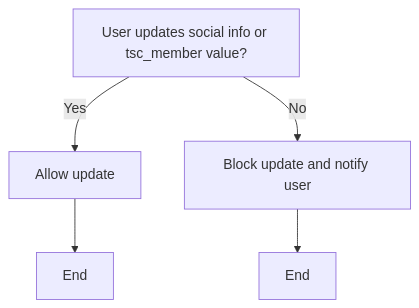
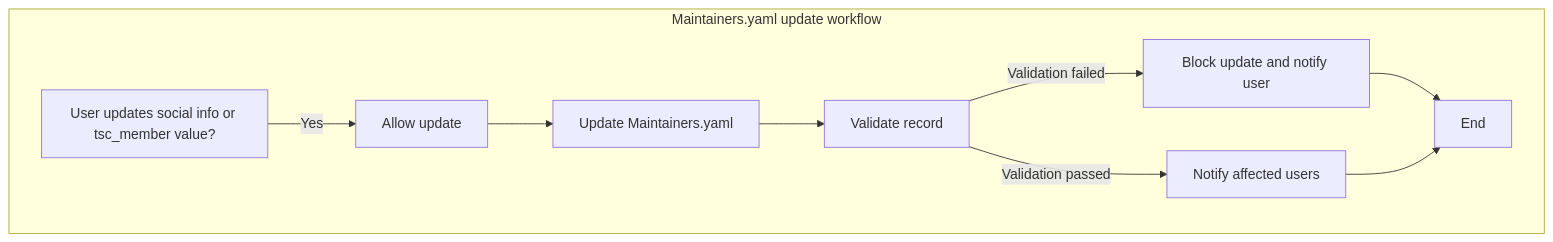
The sixth of 12 diagrams in mentorship/summerofcode/2023/workflowautomation/README.md (asyncapi/community), drawn with Mermaid before and after one commit. The commit also changed other lines of this file, not shown here.

Commit message:
changed some flowchart

````diff
--- a/mentorship/summerofcode/2023/workflowautomation/README.md
+++ b/mentorship/summerofcode/2023/workflowautomation/README.md
@@ -101,7 +101,12 @@
 ```mermaid
 graph TD;
-A[User updates social info or tsc_member value?] --> |Yes| B[Allow update];
-B --> C[End];
-A --> |No| D[Block update and notify user];
-D --> E[End];
+subgraph Maintainers.yaml update workflow
+    A[User updates social info or tsc_member value?] --> |Yes| B[Allow update];
+    B --> C[Update Maintainers.yaml];
+    C --> D[Validate record];
+    D --> |Validation failed| E[Block update and notify user];
+    D --> |Validation passed| F[Notify affected users];
+    E --> G[End];
+    F --> G[End];
+end
 ```
````
